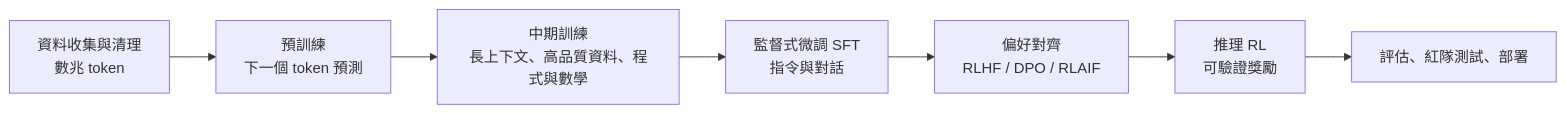
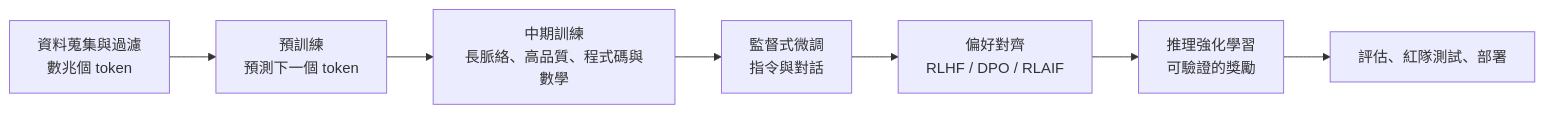
Before and after one commit to zi-yue-1129/ai-wiki: the diagram in docs/models/llm/index.zh-TW.md, drawn with Mermaid. The commit also changed other lines of this file and 7 other files, not shown here.

````diff
--- a/docs/models/llm/index.zh-TW.md
+++ b/docs/models/llm/index.zh-TW.md
@@ -9,9 +9,9 @@
 ```mermaid
 flowchart LR
-  A[資料收集與清理<br/>數兆 token] --> B[預訓練<br/>下一個 token 預測]
-  B --> C[中期訓練<br/>長上下文、高品質資料、程式與數學]
-  C --> D[監督式微調 SFT<br/>指令與對話]
+  A[資料蒐集與過濾<br/>數兆個 token] --> B[預訓練<br/>預測下一個 token]
+  B --> C[中期訓練<br/>長脈絡、高品質、程式碼與數學]
+  C --> D[監督式微調<br/>指令與對話]
   D --> E[偏好對齊<br/>RLHF / DPO / RLAIF]
-  E --> F[推理 RL<br/>可驗證獎勵]
+  E --> F[推理強化學習<br/>可驗證的獎勵]
   F --> G[評估、紅隊測試、部署]
 ```
````
